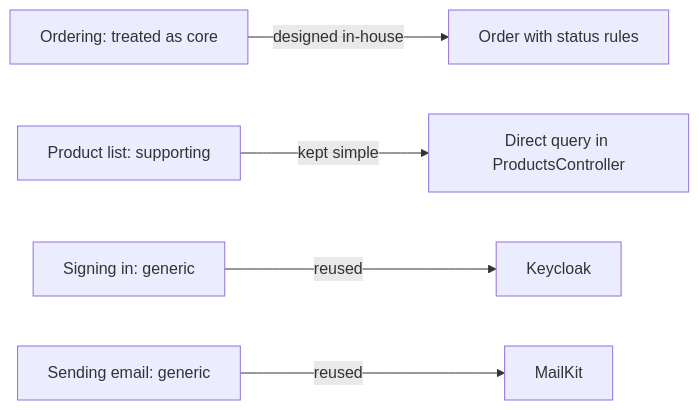
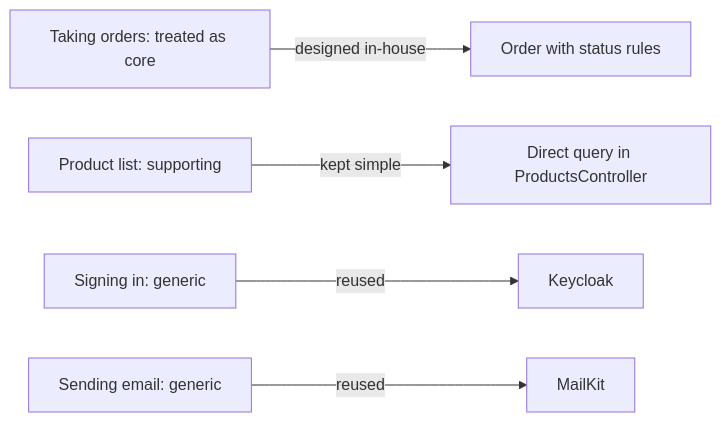
Before and after one commit to duyan11110/lo-trinh-architect: the diagram in content/tracks/design/ddd-strategic/design.l3.subdomains.en.md, drawn with Mermaid. The commit also changed other lines of this file and 34 other files, not shown here.

````diff
--- a/content/tracks/design/ddd-strategic/design.l3.subdomains.en.md
+++ b/content/tracks/design/ddd-strategic/design.l3.subdomains.en.md
@@ -44,7 +44,7 @@
 ```mermaid
 flowchart LR
-  O["Ordering: treated as core"] -->|"designed in-house"| OM["Order with status rules"]
+  O["Taking orders: treated as core"] -->|"designed in-house"| OM["Order with status rules"]
   P["Product list: supporting"] -->|"kept simple"| PQ["Direct query in ProductsController"]
   S["Signing in: generic"] -->|"reused"| K["Keycloak"]
   E["Sending email: generic"] -->|"reused"| M["MailKit"]
 ```
````
